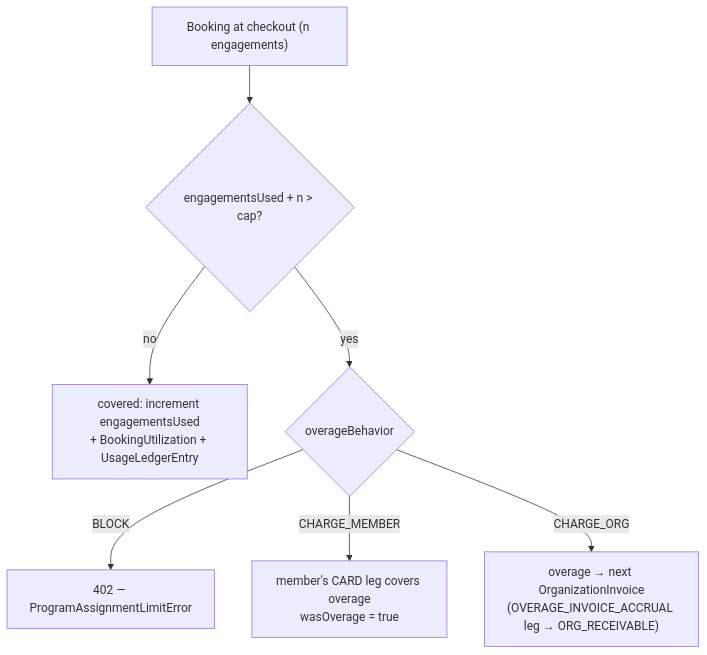
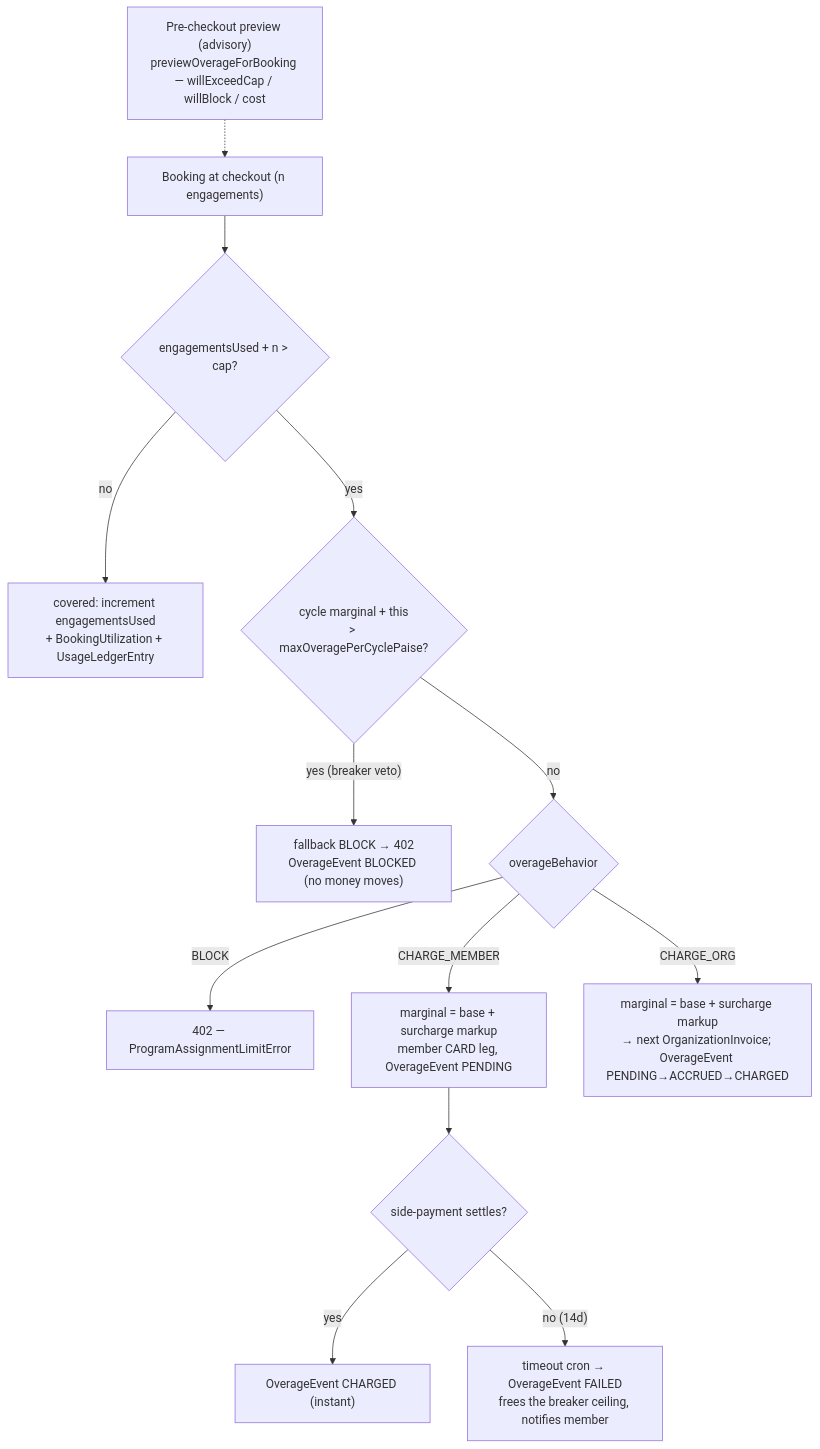
The diagram in docs/enterprise/21-programs.md (Practitionist/familiarise_web), drawn with Mermaid before and after one commit. The commit also changed other lines of this file and 46 other files, not shown here.

````diff
--- a/docs/enterprise/21-programs.md
+++ b/docs/enterprise/21-programs.md
@@ -40,9 +40,15 @@
 ```mermaid
 flowchart TD
+  PV["Pre-checkout preview (advisory)<br/>previewOverageForBooking — willExceedCap / willBlock / cost"] -.-> BK
   BK["Booking at checkout (n engagements)"] --> CAP{"engagementsUsed + n &gt; cap?"}
   CAP -- no --> OK["covered: increment engagementsUsed<br/>+ BookingUtilization + UsageLedgerEntry"]
-  CAP -- yes --> OB{overageBehavior}
+  CAP -- yes --> CB{"cycle marginal + this<br/>&gt; maxOveragePerCyclePaise?"}
+  CB -- yes (breaker veto) --> BRK["fallback BLOCK → 402<br/>OverageEvent BLOCKED (no money moves)"]
+  CB -- no --> OB{overageBehavior}
   OB -- BLOCK --> REJ["402 — ProgramAssignmentLimitError"]
-  OB -- CHARGE_MEMBER --> CM["member's CARD leg covers overage<br/>wasOverage = true"]
-  OB -- CHARGE_ORG --> CO["overage → next OrganizationInvoice<br/>(OVERAGE_INVOICE_ACCRUAL leg → ORG_RECEIVABLE)"]
+  OB -- CHARGE_MEMBER --> CM["marginal = base + surcharge markup<br/>member CARD leg, OverageEvent PENDING"]
+  OB -- CHARGE_ORG --> CO["marginal = base + surcharge markup<br/>→ next OrganizationInvoice; OverageEvent PENDING→ACCRUED→CHARGED"]
+  CM --> CMT{"side-payment settles?"}
+  CMT -- yes --> CMOK["OverageEvent CHARGED (instant)"]
+  CMT -- "no (14d)" --> CMTO["timeout cron → OverageEvent FAILED<br/>frees the breaker ceiling, notifies member"]
 ```
````
